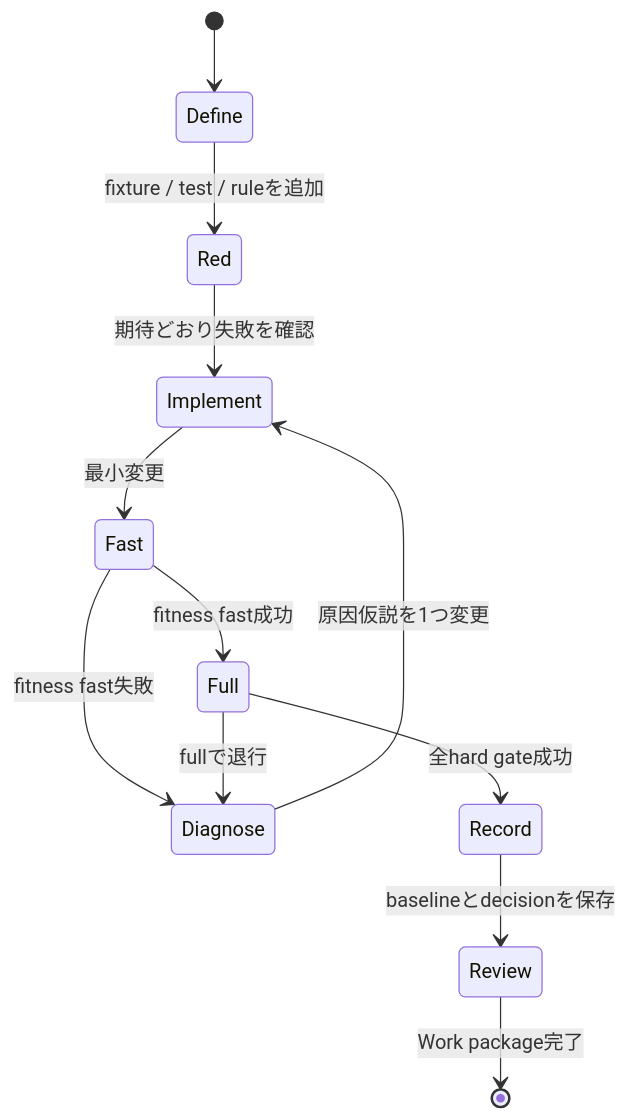
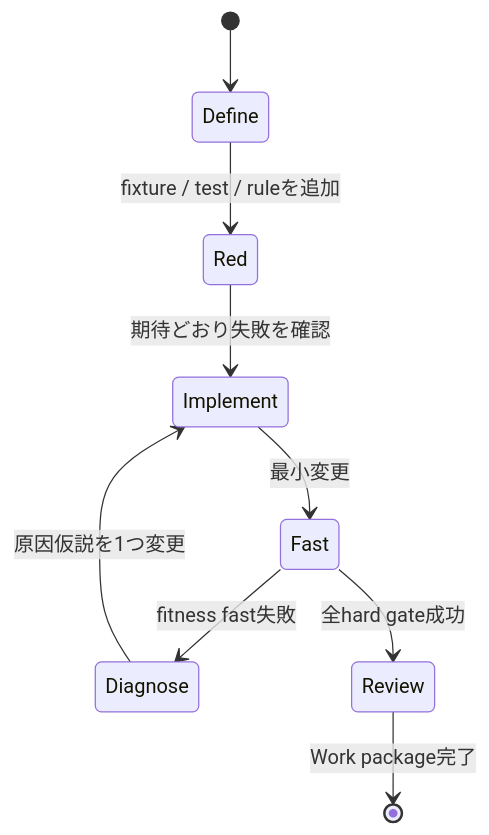
The third of 3 diagrams in docs/implementation-plan.md (katsuki-a/meeting-insight), drawn with Mermaid before and after one commit. The commit also changed other lines of this file and 22 other files, not shown here.

First line of the commit message:
feat(domain): add insight card schema contract

````diff
--- a/docs/implementation-plan.md
+++ b/docs/implementation-plan.md
@@ -1248,14 +1212,11 @@
 ```mermaid
 stateDiagram-v2
     [*] --> Define
     Define --> Red: fixture / test / ruleを追加
     Red --> Implement: 期待どおり失敗を確認
     Implement --> Fast: 最小変更
     Fast --> Diagnose: fitness fast失敗
     Diagnose --> Implement: 原因仮説を1つ変更
-    Fast --> Full: fitness fast成功
-    Full --> Diagnose: fullで退行
-    Full --> Record: 全hard gate成功
-    Record --> Review: baselineとdecisionを保存
+    Fast --> Review: 全hard gate成功
     Review --> [*]: Work package完了
 ```
````
